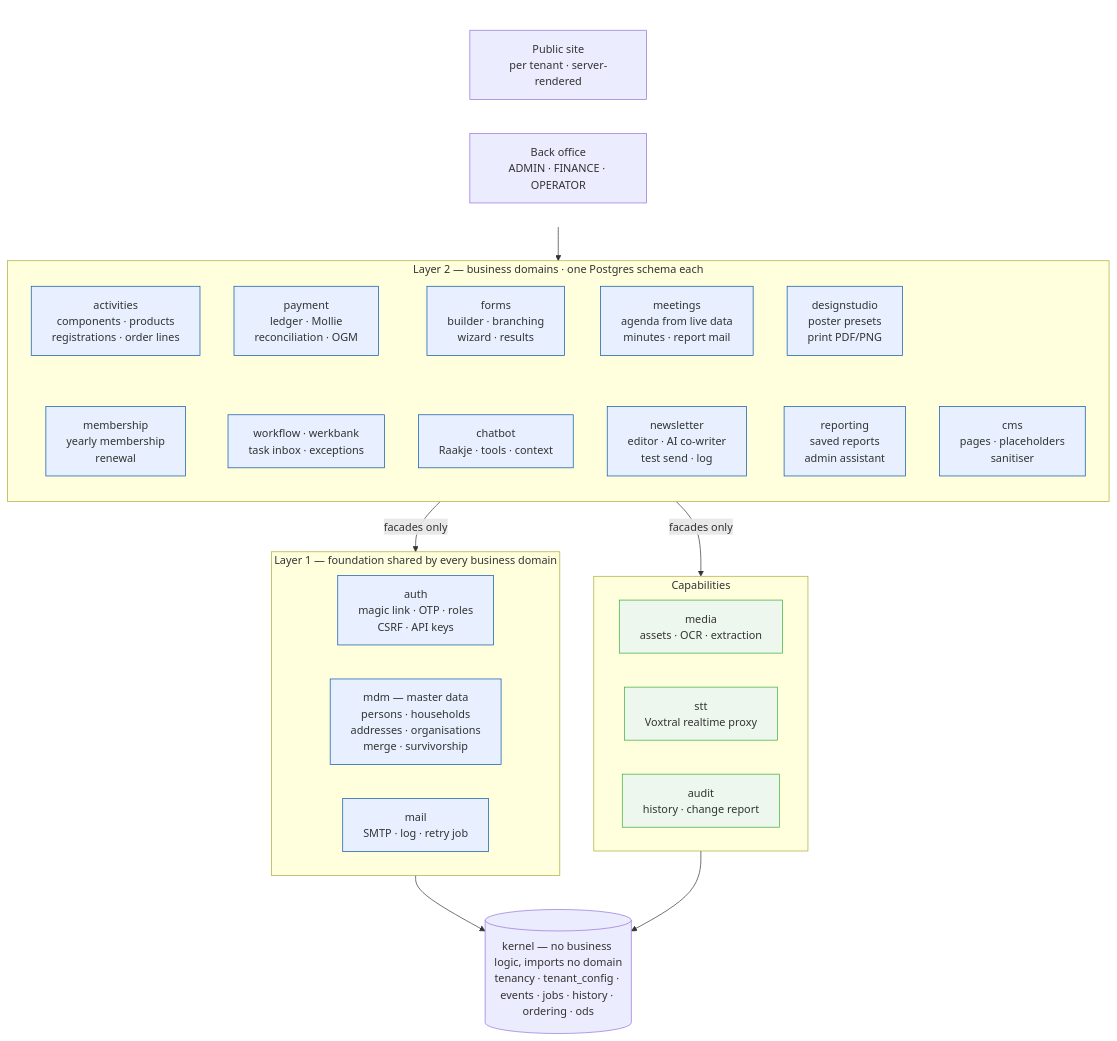
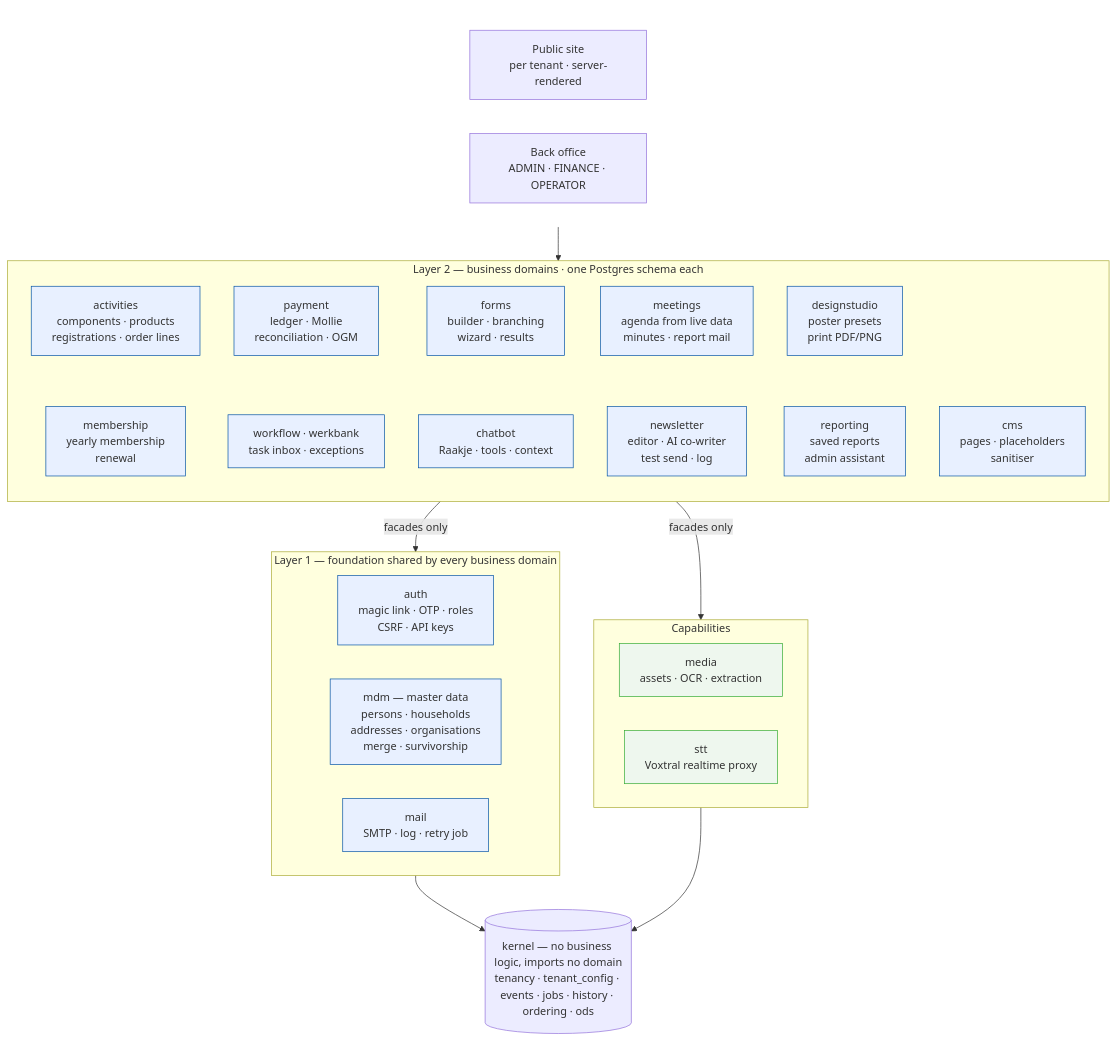
Before and after one commit to KoenRenders/KoenTest: the second of 14 diagrams in docs/architecture.md, drawn with Mermaid. The commit also changed other lines of this file, not shown here.

First line of the commit message:
docs(architecture): the audit package dissolved — history rows by their owners, the change report in reporting, PUBLIC_ACTOR in the kernel; fifteen packages measured (#1251)

````diff
--- a/docs/architecture.md
+++ b/docs/architecture.md
@@ -118,48 +118,47 @@
 ```mermaid
 flowchart TB
   subgraph USERS[" "]
     direction LR
     PUB["Public site<br/>per tenant · server-rendered"]
     ADM["Back office<br/>ADMIN · FINANCE · OPERATOR"]
   end
   subgraph L2["Layer 2 — business domains · one Postgres schema each"]
     direction TB
     ACT["activities<br/>components · products<br/>registrations · order lines"]:::c
     PAY["payment<br/>ledger · Mollie<br/>reconciliation · OGM"]:::c
     FORM["forms<br/>builder · branching<br/>wizard · results"]:::c
     CMS["cms<br/>pages · placeholders<br/>sanitiser"]:::c
     MEM["membership<br/>yearly membership<br/>renewal"]:::c
     WB["workflow · werkbank<br/>task inbox · exceptions"]:::c
     CHAT["chatbot<br/>Raakje · tools · context"]:::c
     ACT ~~~ MEM
     PAY ~~~ WB
     MEET["meetings<br/>agenda from live data<br/>minutes · report mail"]:::c
     NEWS["newsletter<br/>editor · AI co-writer<br/>test send · log"]:::c
     DS["designstudio<br/>poster presets<br/>print PDF/PNG"]:::c
     RPT["reporting<br/>saved reports<br/>admin assistant"]:::c
     FORM ~~~ CHAT
     MEET ~~~ NEWS
     DS ~~~ RPT
   end
   subgraph L1["Layer 1 — foundation shared by every business domain"]
     direction LR
     AUTH["auth<br/>magic link · OTP · roles<br/>CSRF · API keys"]:::c
     MDM["mdm — master data<br/>persons · households<br/>addresses · organisations<br/>merge · survivorship"]:::c
     MAIL["mail<br/>SMTP · log · retry job"]:::c
   end
   subgraph CAP["Capabilities"]
     direction LR
     MEDIA["media<br/>assets · OCR · extraction"]:::x
     STT["stt<br/>Voxtral realtime proxy"]:::x
-    AUD["audit<br/>history · change report"]:::x
   end
   K[("kernel — no business logic, imports no domain<br/>tenancy · tenant_config · events · jobs · history · ordering · ods")]
   USERS --> L2
   L2 -->|facades only| L1
   L2 -->|facades only| CAP
   L1 --> K
   CAP --> K
   classDef c fill:#e8f0ff,stroke:#0051a4;
   classDef x fill:#eef7ee,stroke:#3a3;
   style USERS fill:#ffffff,stroke:#ffffff
 ```
````
